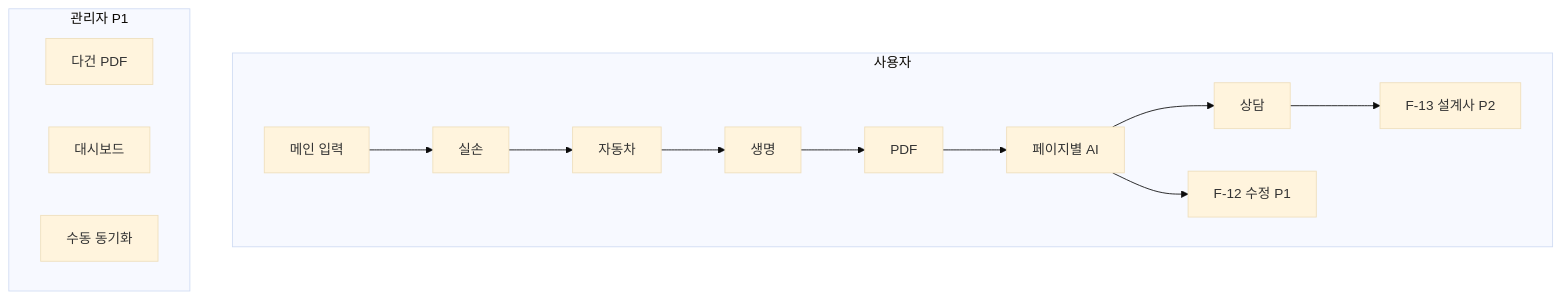
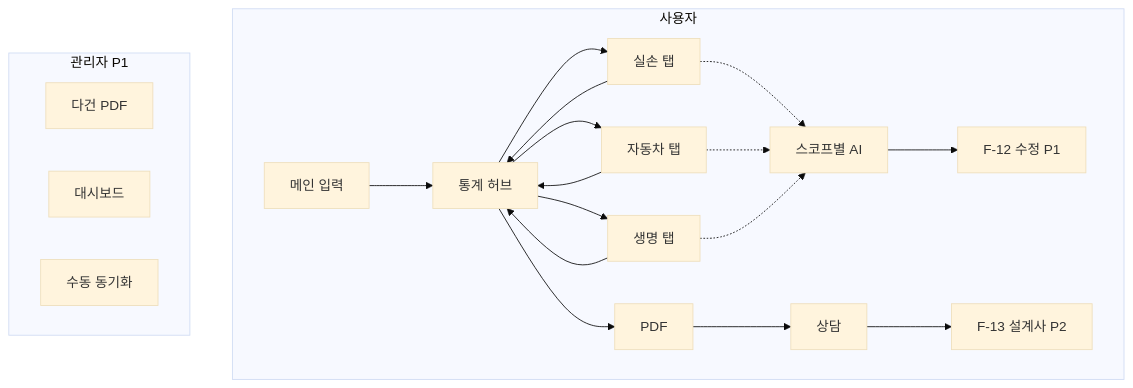
The third of 3 diagrams in FLOWCHARTS.md (meustar/InsuranceForAll), drawn with Mermaid (base theme) before and after one commit. The commit also changed other lines of this file and 20 other files, not shown here.

````diff
--- a/FLOWCHARTS.md
+++ b/FLOWCHARTS.md
@@ -97,23 +125,34 @@
 ```mermaid
 flowchart TD
   subgraph USER["사용자"]
     MAIN[메인 입력]
-    H[실손]
-    A[자동차]
-    L[생명]
+    HUB[통계 허브]
+    H[실손 탭]
+    A[자동차 탭]
+    L[생명 탭]
     PDF[PDF]
-    AI[페이지별 AI]
+    AI[스코프별 AI]
     F12["F-12 수정 P1"]
     F13["F-13 설계사 P2"]
     F08[상담]
-    MAIN --> H --> A --> L --> PDF --> AI --> F08
+    MAIN --> HUB
+    HUB --> H
+    HUB --> A
+    HUB --> L
+    H --> HUB
+    A --> HUB
+    L --> HUB
+    H -.-> AI
+    A -.-> AI
+    L -.-> AI
+    HUB --> PDF --> F08
     AI --> F12
     F08 --> F13
   end
 
   subgraph ADMIN["관리자 P1"]
     F09[다건 PDF]
     F10[대시보드]
     SYNC[수동 동기화]
   end
 ```
````
